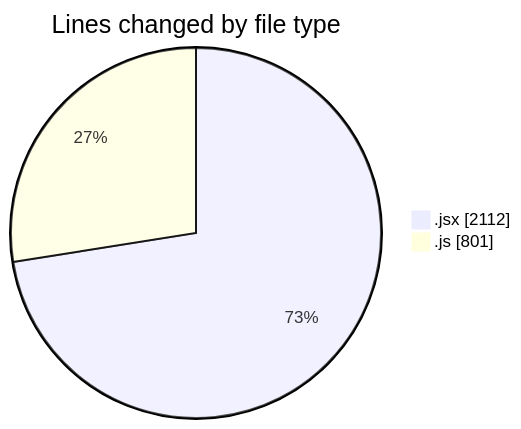
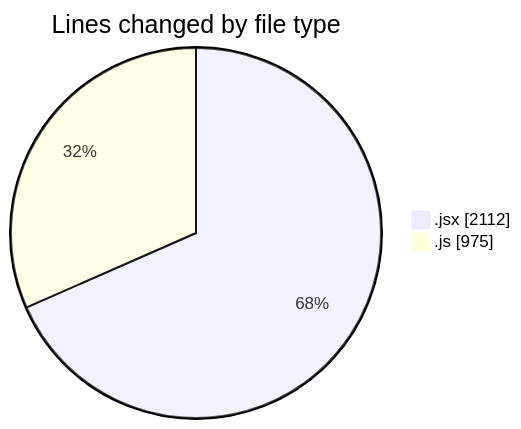
Before and after one commit to nxtqubesakshisongat/code-tracking: the first of 2 diagrams in 2025-06-30/argos/README.md, drawn with Mermaid. The commit also changed other lines of this file and 1 other file, not shown here.

````diff
--- a/2025-06-30/argos/README.md
+++ b/2025-06-30/argos/README.md
@@ -29,6 +30,6 @@
 ```mermaid
 pie showData
 title Lines changed by file type
 ".jsx" : 2112
-".js" : 801
+".js" : 975
 ```
````
